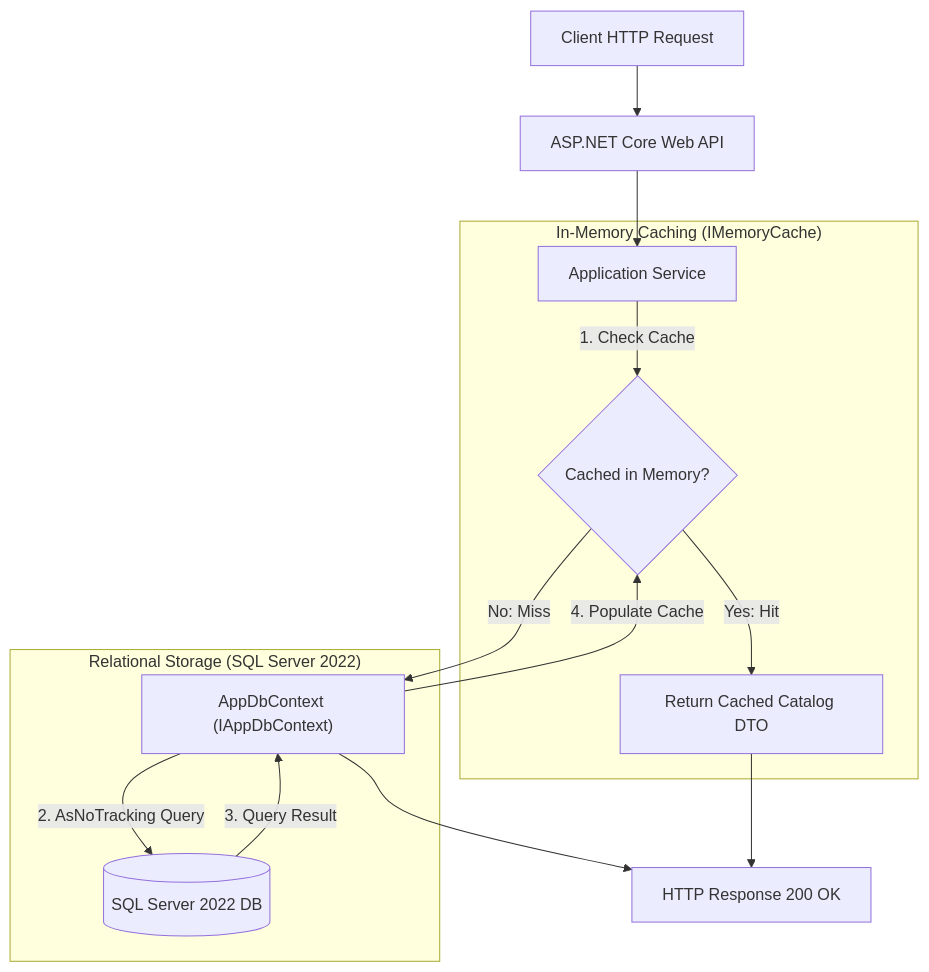
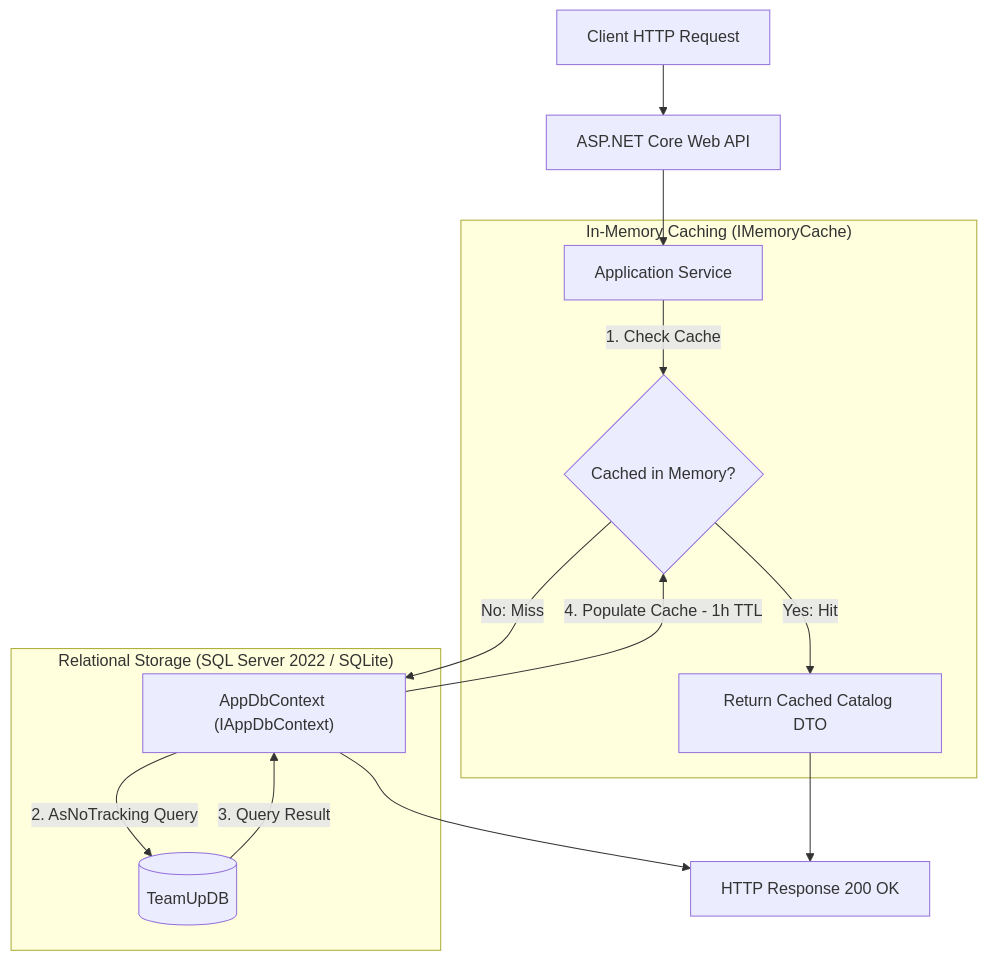
One commit to AhmedTyson/TeamUp changed the second of 2 diagrams in wiki/Technology Stack & Architecture.md. Above: the diagram before and after it, drawn with Mermaid. The commit also changed other lines of this file and 34 other files, not shown here.

Commit message:
docs: refine README, wiki, ERD/mapping specs, API guides, and add LICENSE

````diff
--- a/wiki/Technology Stack & Architecture.md
+++ b/wiki/Technology Stack & Architecture.md
@@ -85,20 +109,20 @@
 ```mermaid
 flowchart TD
     REQ[Client HTTP Request] --> API[ASP.NET Core Web API]
     API --> SVC[Application Service]
 
     subgraph CachingLayer["In-Memory Caching (IMemoryCache)"]
         SVC -->|1. Check Cache| CACHE{Cached in Memory?}
         CACHE -->|Yes: Hit| RET[Return Cached Catalog DTO]
     end
 
-    subgraph PersistenceLayer["Relational Storage (SQL Server 2022)"]
+    subgraph PersistenceLayer["Relational Storage (SQL Server 2022 / SQLite)"]
         CACHE -->|No: Miss| DBCTX["AppDbContext (IAppDbContext)"]
-        DBCTX -->|2. AsNoTracking Query| SQL[("SQL Server 2022 DB")]
+        DBCTX -->|2. AsNoTracking Query| SQL[("TeamUpDB")]
         SQL -->|3. Query Result| DBCTX
-        DBCTX -->|4. Populate Cache| CACHE
+        DBCTX -->|4. Populate Cache - 1h TTL| CACHE
     end
 
     RET --> RES[HTTP Response 200 OK]
     DBCTX --> RES
 ```
````
